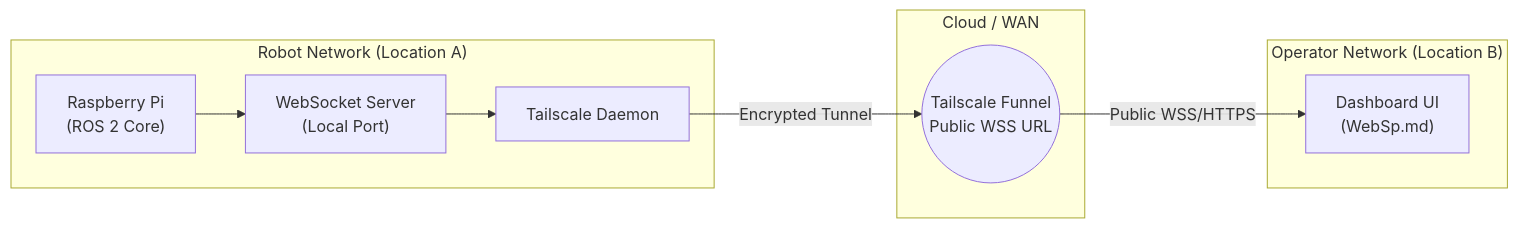
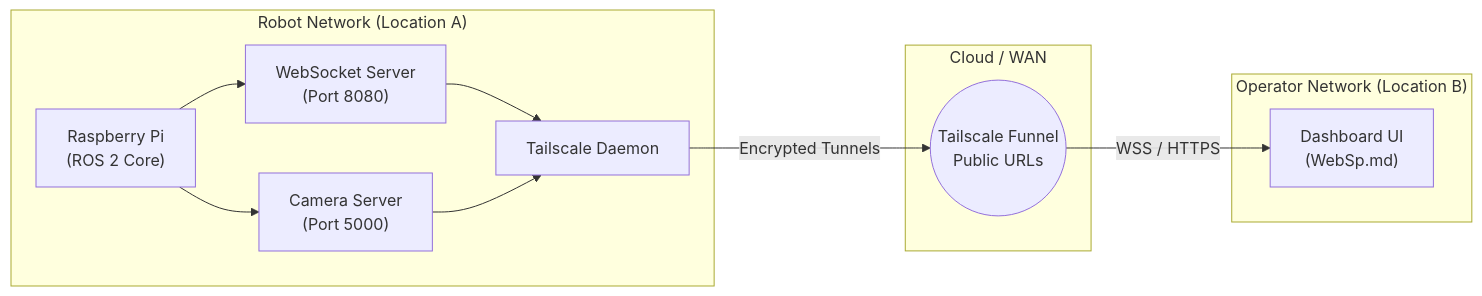
One commit to PanTiwon/RoboProject_Server changed the second of 2 diagrams in README.md. Above: the diagram before and after it, drawn with Mermaid. The commit also changed other lines of this file and 6 other files, not shown here.

````diff
--- a/README.md
+++ b/README.md
@@ -93,22 +93,25 @@
 ```mermaid
 flowchart LR
     subgraph Robot_Environment ["Robot Network (Location A)"]
         Pi["Raspberry Pi\n(ROS 2 Core)"]
-        WSS["WebSocket Server\n(Local Port)"]
+        WSS["WebSocket Server\n(Port 8080)"]
+        Flask["Camera Server\n(Port 5000)"]
         TailscaleClient["Tailscale Daemon"]
         
         Pi --> WSS
+        Pi --> Flask
         WSS --> TailscaleClient
+        Flask --> TailscaleClient
     end
 
     subgraph Internet ["Cloud / WAN"]
-        Funnel((Tailscale Funnel\nPublic WSS URL))
+        Funnel((Tailscale Funnel\nPublic URLs))
     end
 
     subgraph User_Environment ["Operator Network (Location B)"]
         Browser["Dashboard UI\n(WebSp.md)"]
     end
 
-    TailscaleClient -->|Encrypted Tunnel| Funnel
-    Funnel -->|Public WSS/HTTPS| Browser
+    TailscaleClient -->|Encrypted Tunnels| Funnel
+    Funnel -->|WSS / HTTPS| Browser
 ```
````
